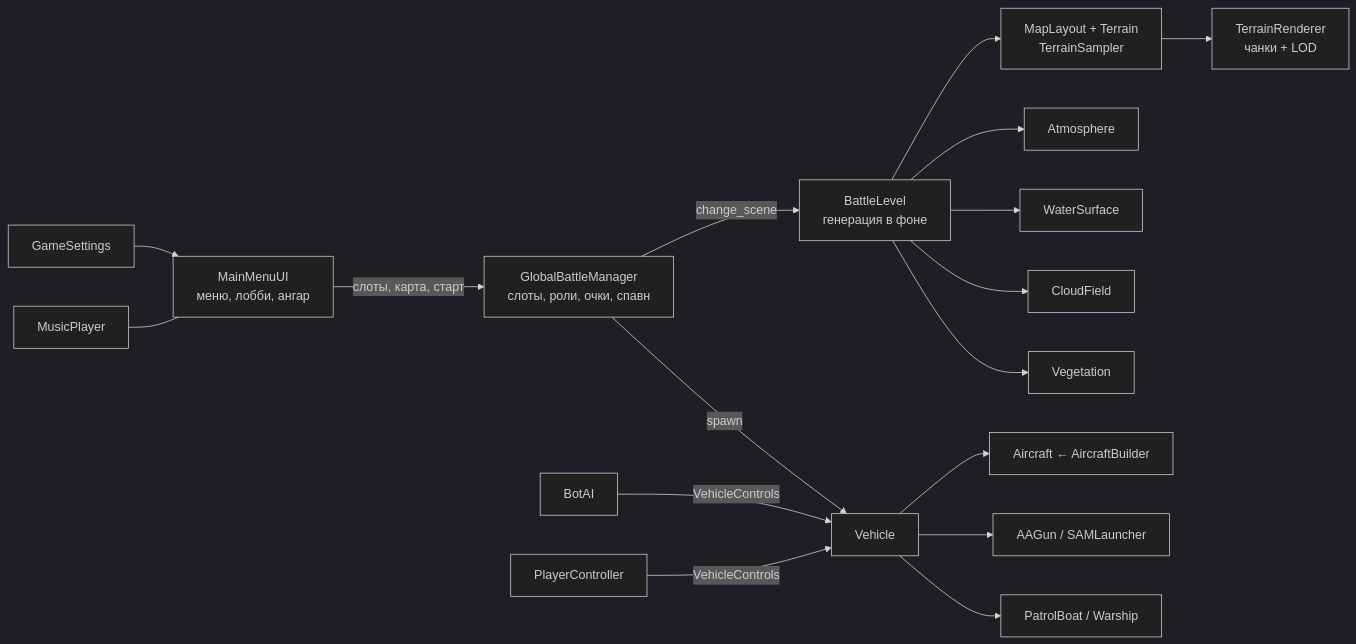
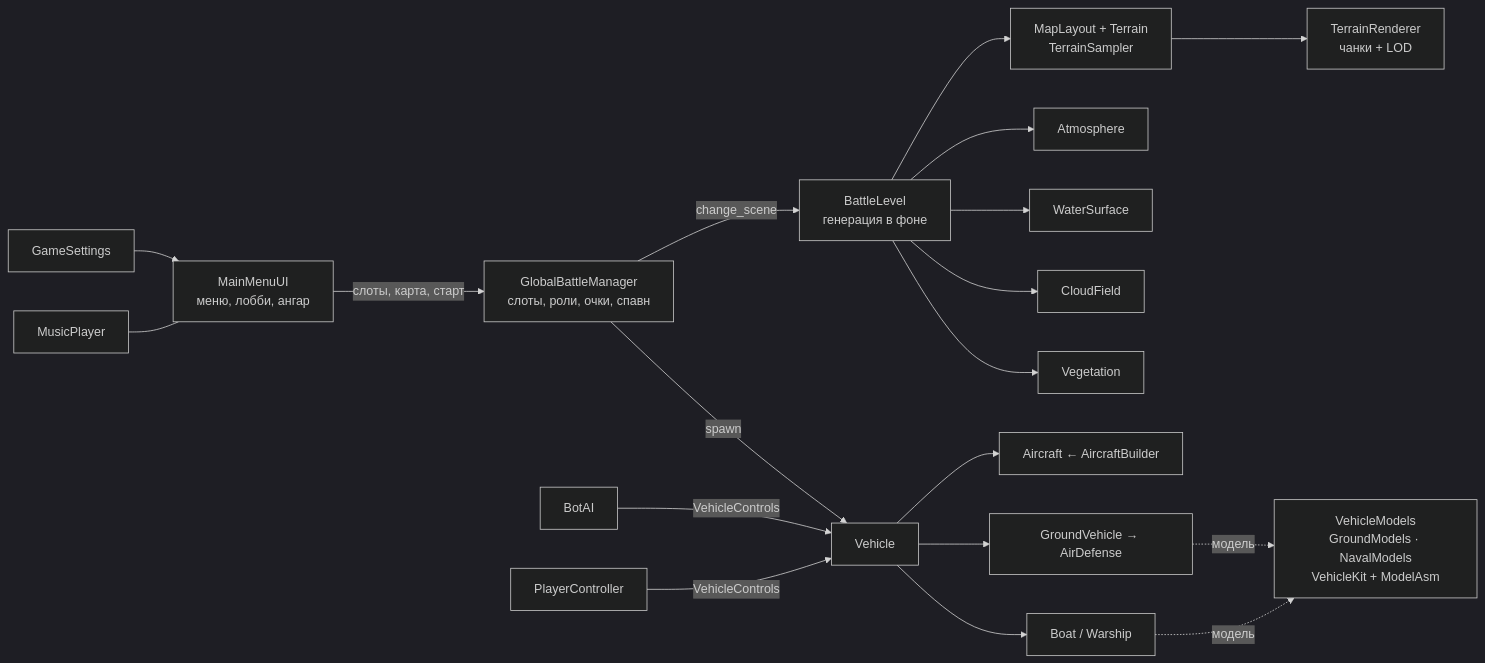
Before and after one commit to MikeLiashenko/BALLISTIK: the diagram in README.md, drawn with Mermaid (dark theme). The commit also changed other lines of this file and 17 other files, not shown here.

````diff
--- a/README.md
+++ b/README.md
@@ -129,15 +156,16 @@
 ```mermaid
 flowchart LR
     GS[GameSettings] --> MM[MainMenuUI<br/>меню, лобби, ангар]
     MU[MusicPlayer] --- MM
     MM -->|слоты, карта, старт| GBM[GlobalBattleManager<br/>слоты, роли, очки, спавн]
     GBM -->|change_scene| BL[BattleLevel<br/>генерация в фоне]
     BL --> ML[MapLayout + Terrain<br/>TerrainSampler] --> TR[TerrainRenderer<br/>чанки + LOD]
     BL --> AT[Atmosphere] & W[WaterSurface] & CF[CloudField] & VG[Vegetation]
     GBM -->|spawn| V[Vehicle]
     V --> A[Aircraft ← AircraftBuilder]
-    V --> G[AAGun / SAMLauncher]
-    V --> B[PatrolBoat / Warship]
+    V --> G[GroundVehicle → AirDefense]
+    V --> B[Boat / Warship]
+    G & B -.->|модель| VM[VehicleModels<br/>GroundModels · NavalModels<br/>VehicleKit + ModelAsm]
     AI[BotAI] -->|VehicleControls| V
     PC[PlayerController] -->|VehicleControls| V
 ```
````
